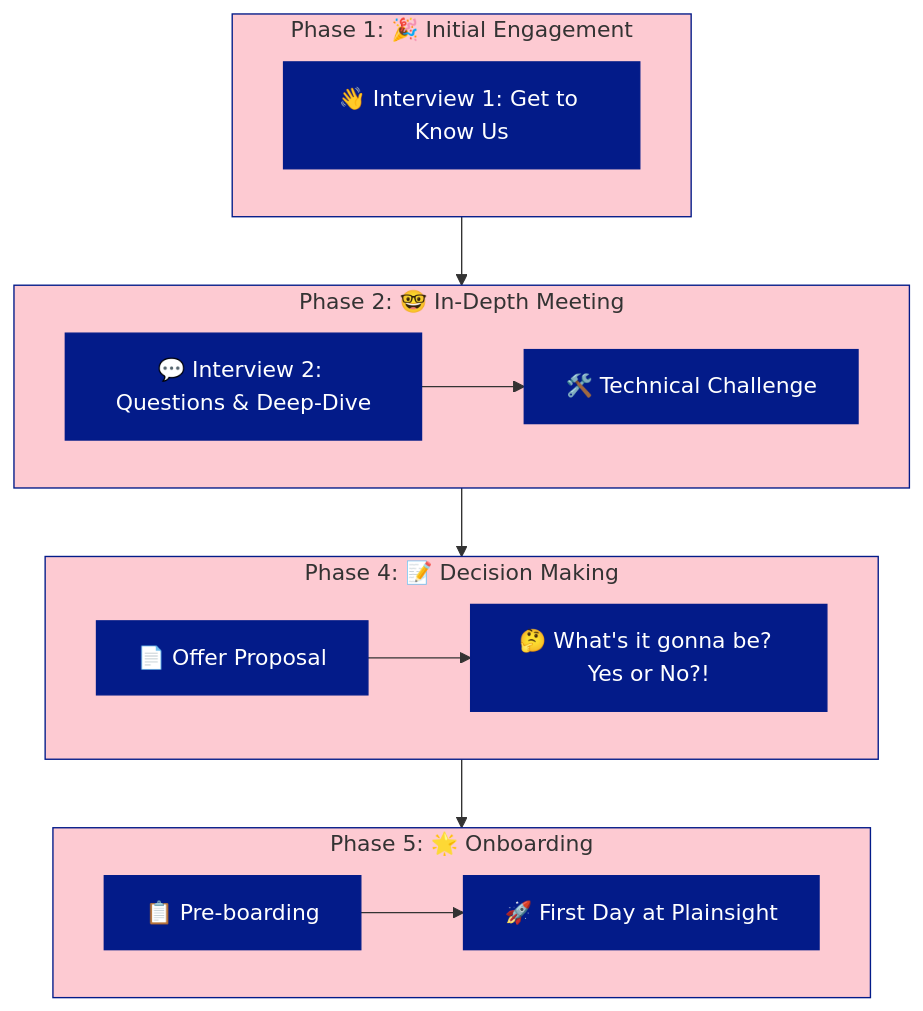
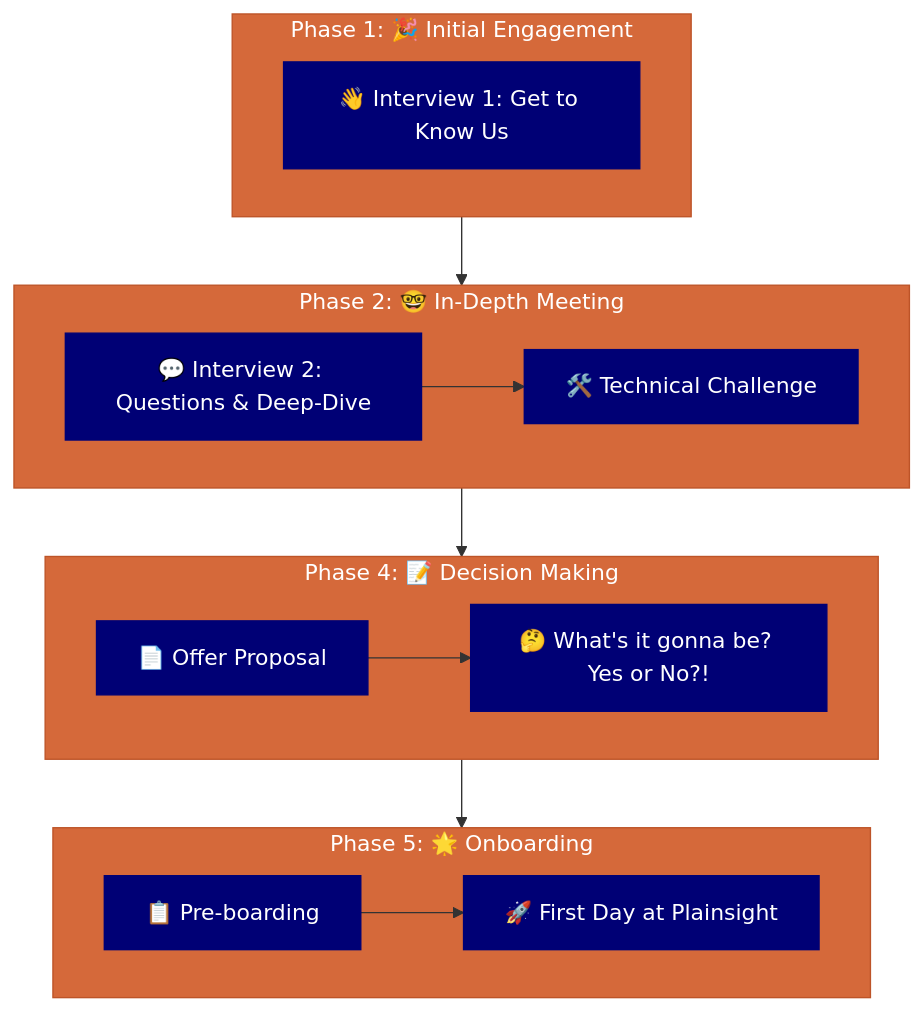
The diagram in docs/people-ops/pre-boarding-and-hiring.md (PlainsightPro/Vision-Playbook), drawn with Mermaid before and after one commit. The commit also changed 5 other files, not shown here.

First line of the commit message:
Fix Mermaid diagram colors to match brand guidelines

````diff
--- a/docs/people-ops/pre-boarding-and-hiring.md
+++ b/docs/people-ops/pre-boarding-and-hiring.md
@@ -6,39 +6,39 @@
 ```mermaid
 ---
 config:
   layout: elk
   theme: forest
   look: neo
 ---
 
 graph TB;
     subgraph A[Phase 1: 🎉 Initial Engagement]
         A1[👋 Interview 1: Get to Know Us]
     end
     
     subgraph B[Phase 2: 🤓 In-Depth Meeting]
         direction LR
         B1[💬 Interview 2: Questions & Deep-Dive] 
         B2[🛠️ Technical Challenge]
     end
 
     subgraph C[Phase 4: 📝 Decision Making]
         direction LR
         C1[📄 Offer Proposal] --> C2[🤔 What's it gonna be? Yes or No?!]
     end
 
     subgraph D[Phase 5: 🌟 Onboarding]
         direction LR
         D1[📋 Pre-boarding] --> D2[🚀 First Day at Plainsight]
     end
 
     A --> B --> C --> D
     B1 --> B2
     
-    classDef outerBox fill:#FDCAD2,stroke:#031B89,stroke-width:1px;
-    class A,B,C,D outerBox;
-    
-    classDef innerbox fill:#031B89,stroke:#031B89,stroke-width:1px,color:#FFFFFF;
+classDef outerBox fill:#D5693A,stroke:#BD5428,stroke-width:1px,color:#FFFFFF;
+    class A,B,C,D outerBox;
+    
+    classDef innerbox fill:#000075,stroke:#000075,stroke-width:1px,color:#FFFFFF;
     class A1,B1,B2,C1,C2,D1,D2 innerbox;
     
 ```
````
